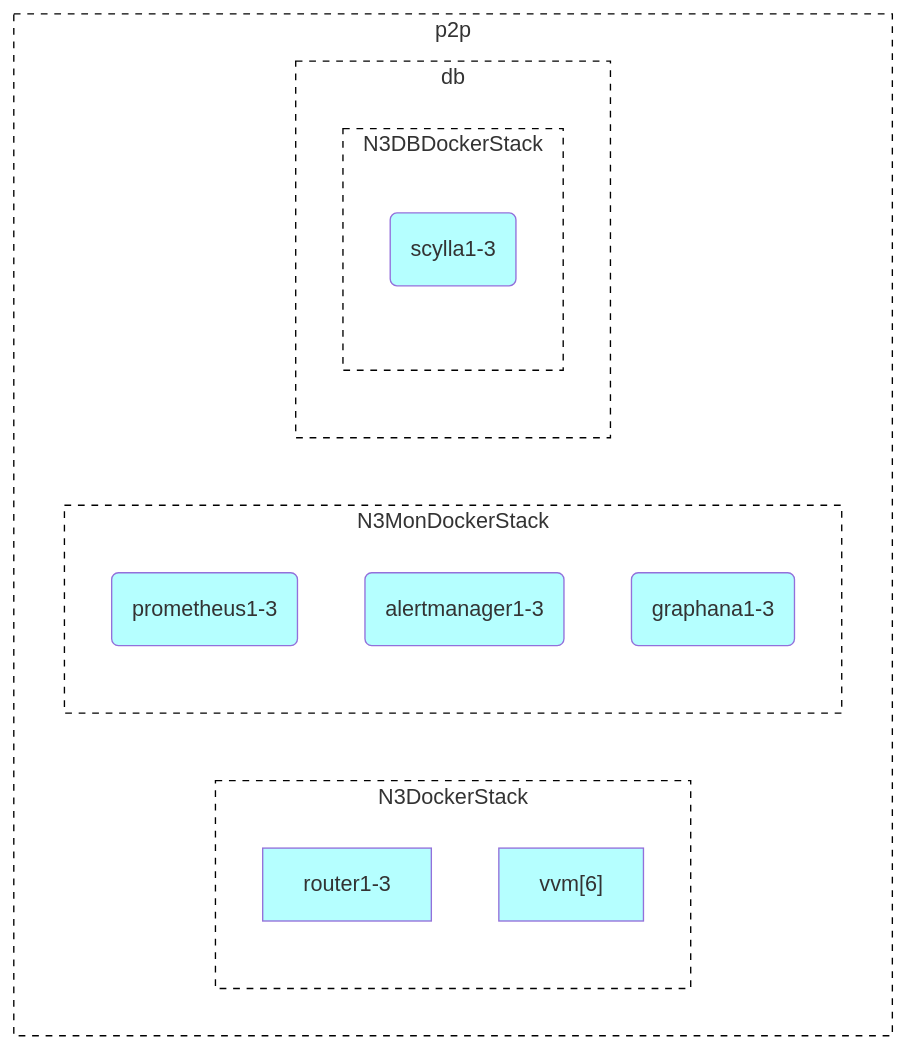
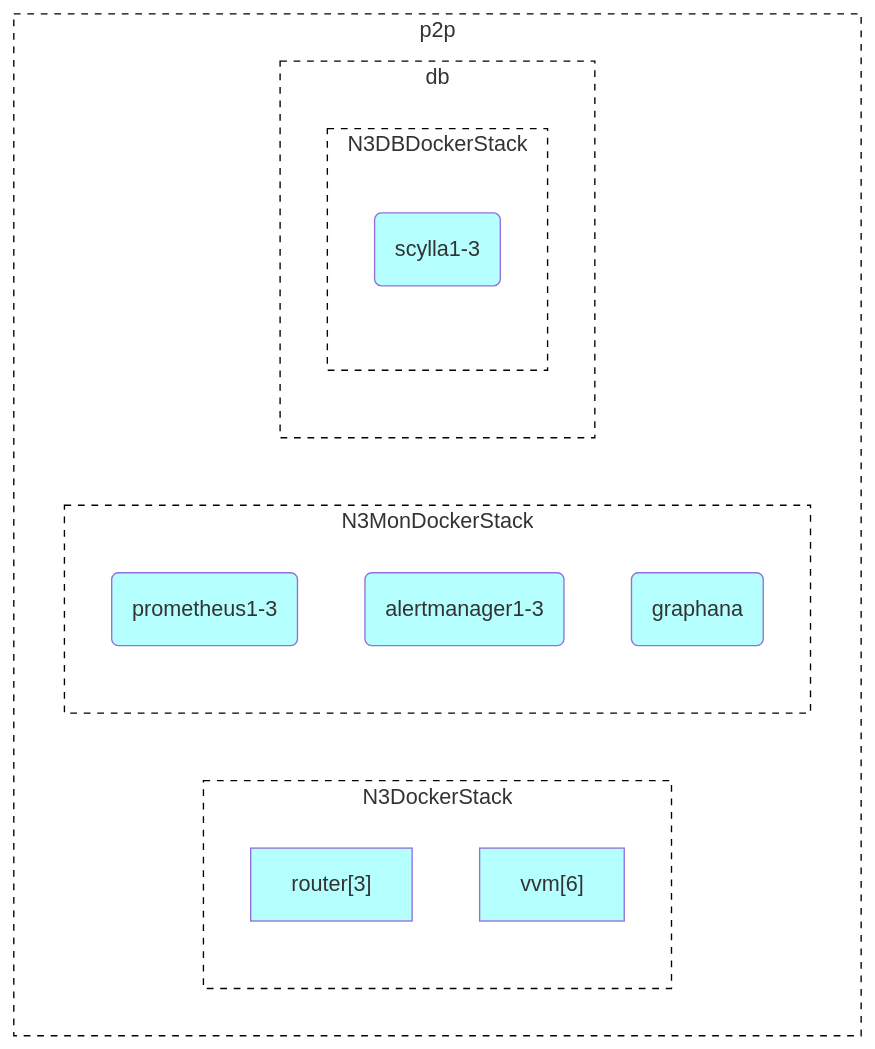
One commit to voedger/voedger-internals changed the second of 4 diagrams in server/design/c2.n3.md. Above: the diagram before and after it, drawn with Mermaid. The commit also changed other lines of this file, not shown here.

````diff
--- a/server/design/c2.n3.md
+++ b/server/design/c2.n3.md
@@ -54,38 +62,38 @@
 ```mermaid
   flowchart TD
 
   p2p:::G
   subgraph p2p
 
     N3DockerStack:::G
     
     subgraph N3DockerStack
-      router1-3:::S
+      router1-3["router[3]"]:::S
       vvm["vvm[6]"]:::S
     end
 
     N3MonDockerStack("N3 Monitoring Docker Stack"):::G
     subgraph N3MonDockerStack
       prometheus("prometheus1-3"):::S
       alertmanager("alertmanager1-3"):::S
-      graphana("graphana1-3"):::S
+      graphana("graphana"):::S
     end
 
     db:::G
     subgraph db
       N3DBDockerStack:::G
       subgraph N3DBDockerStack
         scylla("scylla1-3"):::S
       end
     end    
   end
 
 
 
 
 
   classDef G fill:#FFFFFF,stroke:#000000, stroke-width:1px, stroke-dasharray: 5 5
   classDef B fill:#FFFFB5,color:#333
   classDef S fill:#B5FFFF
   classDef H fill:#C9E7B7
 ```
````
